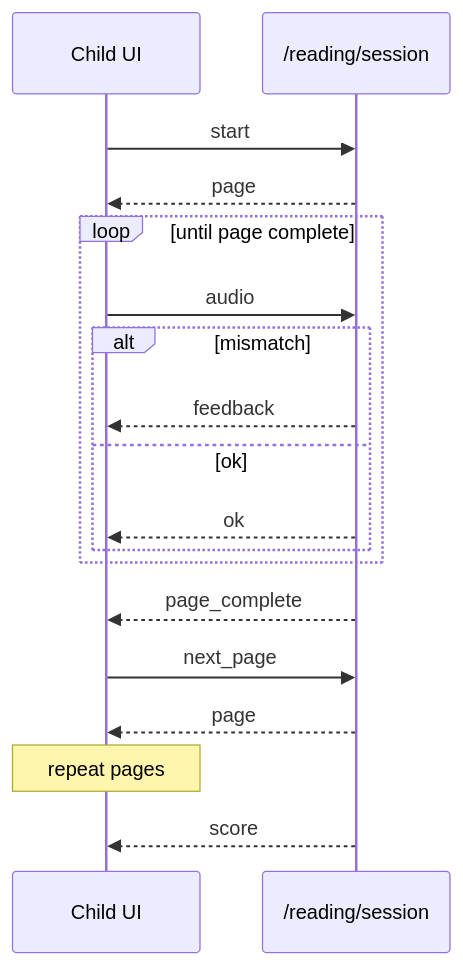
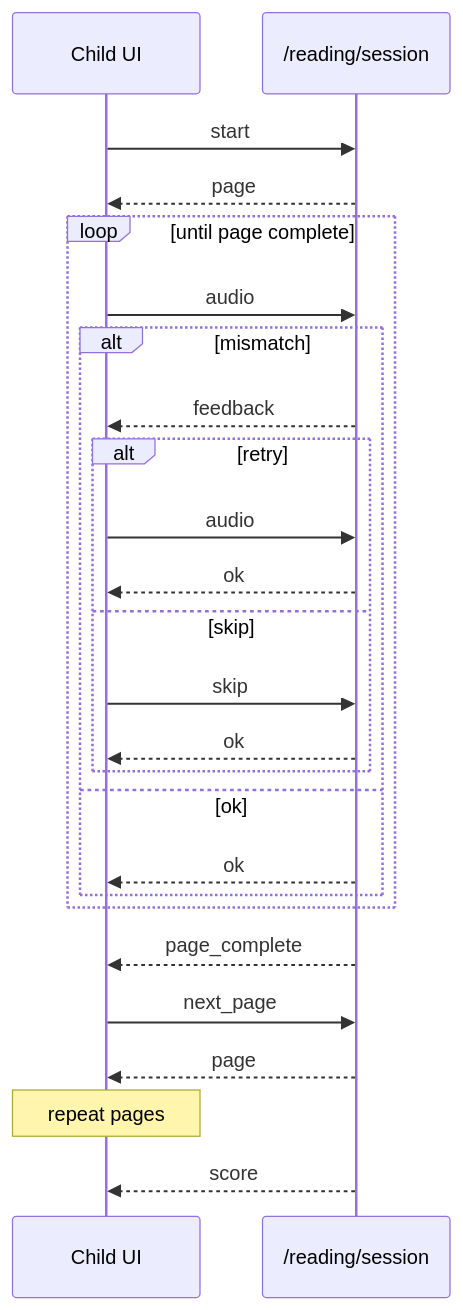
The diagram in src/api/websocket.md (mohame54/reading-buddy), drawn with Mermaid before and after one commit. The commit also changed other lines of this file and 7 other files, not shown here.

````diff
--- a/src/api/websocket.md
+++ b/src/api/websocket.md
@@ -84,21 +101,28 @@
 ```mermaid
 sequenceDiagram
   participant UI as Child UI
   participant WS as /reading/session
 
   UI->>WS: start
   WS-->>UI: page
   loop until page complete
     UI->>WS: audio
     alt mismatch
       WS-->>UI: feedback
+      alt retry
+        UI->>WS: audio
+        WS-->>UI: ok
+      else skip
+        UI->>WS: skip
+        WS-->>UI: ok
+      end
     else ok
       WS-->>UI: ok
     end
   end
   WS-->>UI: page_complete
   UI->>WS: next_page
   WS-->>UI: page
   Note over UI: repeat pages
   WS-->>UI: score
 ```
````
